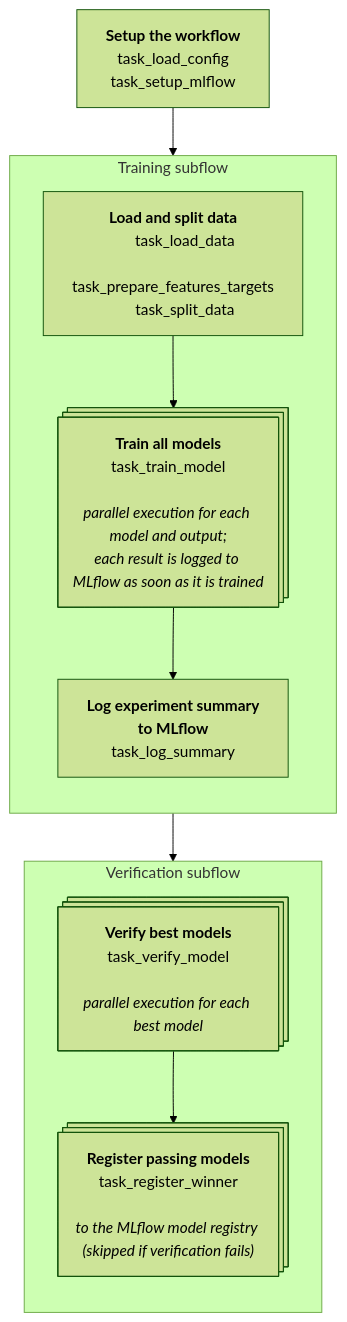
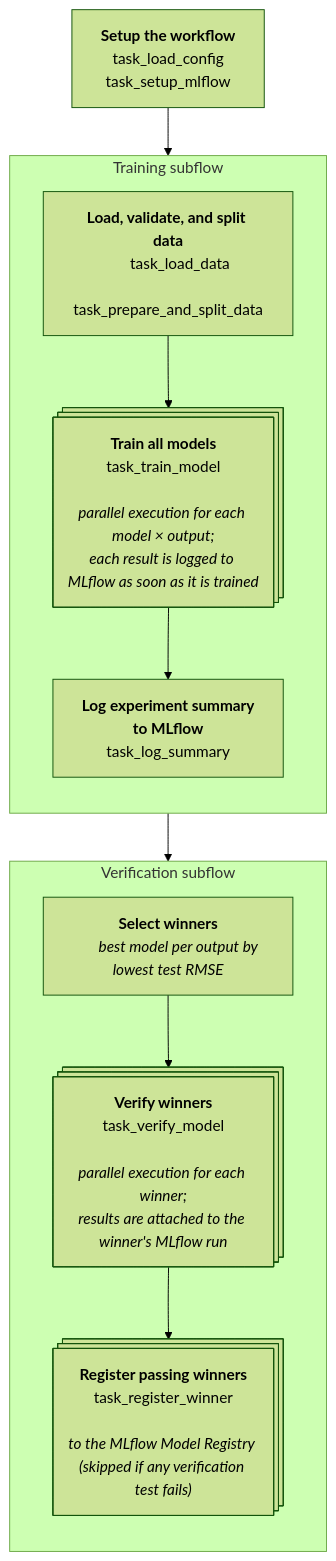
One commit to collab-uniba/BoneStrengthML-SF3_application changed the second of 2 diagrams in docs/workflow-architecture.md. Above: the diagram before and after it, drawn with Mermaid (forest theme). The commit also changed other lines of this file, not shown here.

Commit message:
Improve the workflow architecture documentation

````diff
--- a/docs/workflow-architecture.md
+++ b/docs/workflow-architecture.md
@@ -27,34 +41,37 @@
 ```mermaid
 flowchart TD
     flow_setup[<b>Setup the workflow</b>
       task_load_config
       task_setup_mlflow]
 
-    data_loading[<b>Load and split data</b>
+    data_loading[<b>Load, validate, and split data</b>
       task_load_data
-      task_prepare_features_targets
-      task_split_data]
+      task_prepare_and_split_data]
 
-    model_training@{ shape: procs, label: "**Train all models**<br>task_train_model<br><br>*parallel execution for each model and output;<br>each result is logged to MLflow as soon as it is trained*" }
+    model_training@{ shape: procs, label: "**Train all models**<br>task_train_model<br><br>*parallel execution for each model × output;<br>each result is logged to MLflow as soon as it is trained*" }
 
     log_summary[<b>Log experiment summary
             to MLflow</b>
       task_log_summary]
 
-    verify_best_models@{ shape: procs, label: "**Verify best models**<br>task_verify_model<br><br>*parallel execution for each best model*" }
+    select_winners[<b>Select winners</b>
+      <i>best model per output by lowest test RMSE</i>]
 
-    register_winners@{ shape: procs, label: "**Register passing models**<br>task_register_winner<br><br>*to the MLflow model registry (skipped if verification fails)*" }
+    verify_best_models@{ shape: procs, label: "**Verify winners**<br>task_verify_model<br><br>*parallel execution for each winner;<br>results are attached to the winner's MLflow run*" }
+
+    register_winners@{ shape: procs, label: "**Register passing winners**<br>task_register_winner<br><br>*to the MLflow Model Registry (skipped if any verification test fails)*" }
 
 
     flow_setup --> data_loading
     subgraph training_subflow [Training subflow]
         direction TB
         data_loading --> model_training
         model_training --> log_summary
     end
     subgraph verification_subflow [Verification subflow]
         direction TB
-        log_summary --> verify_best_models
+        select_winners --> verify_best_models
         verify_best_models --> register_winners
     end
+    log_summary --> select_winners
 ```
````
